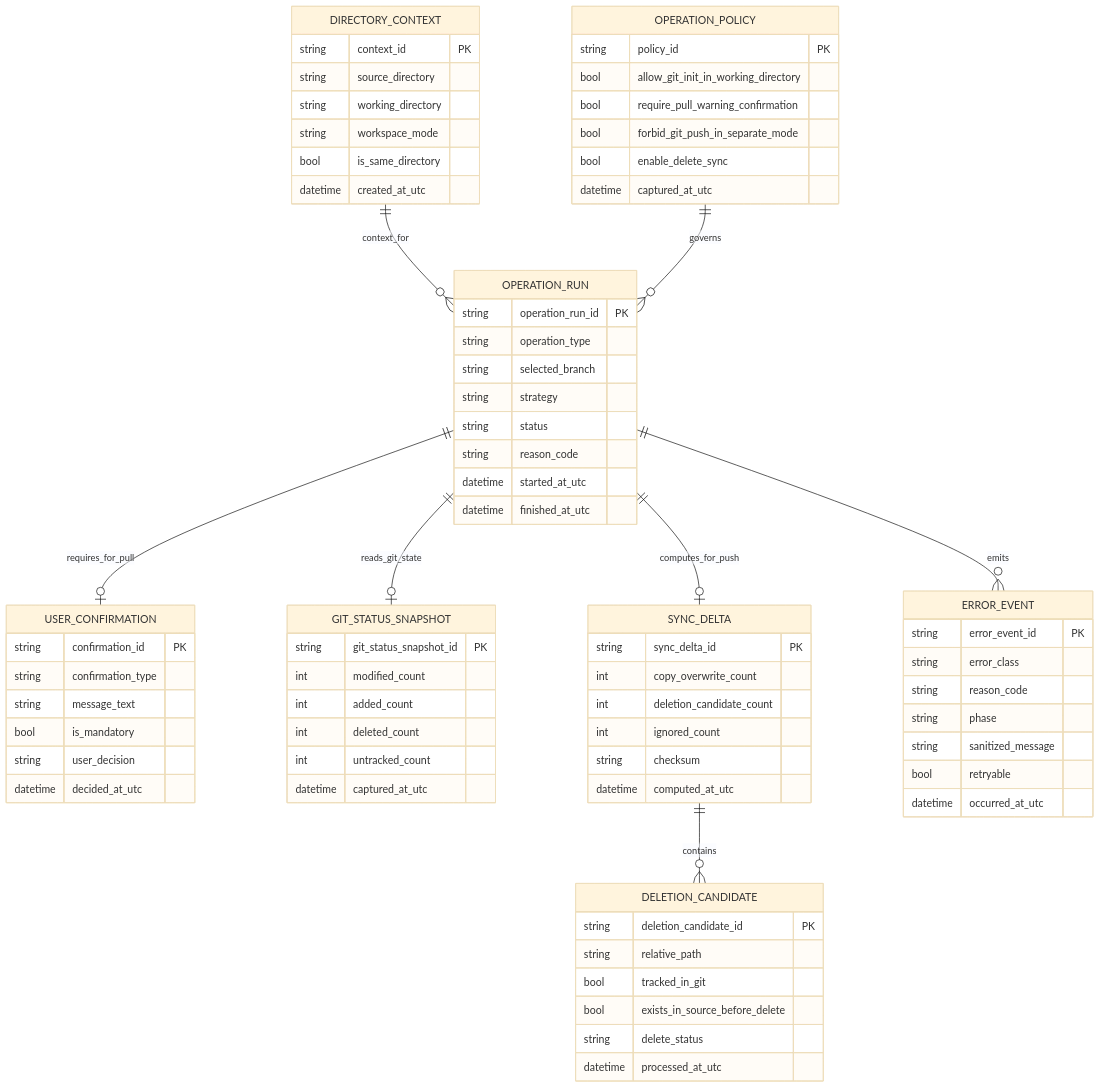
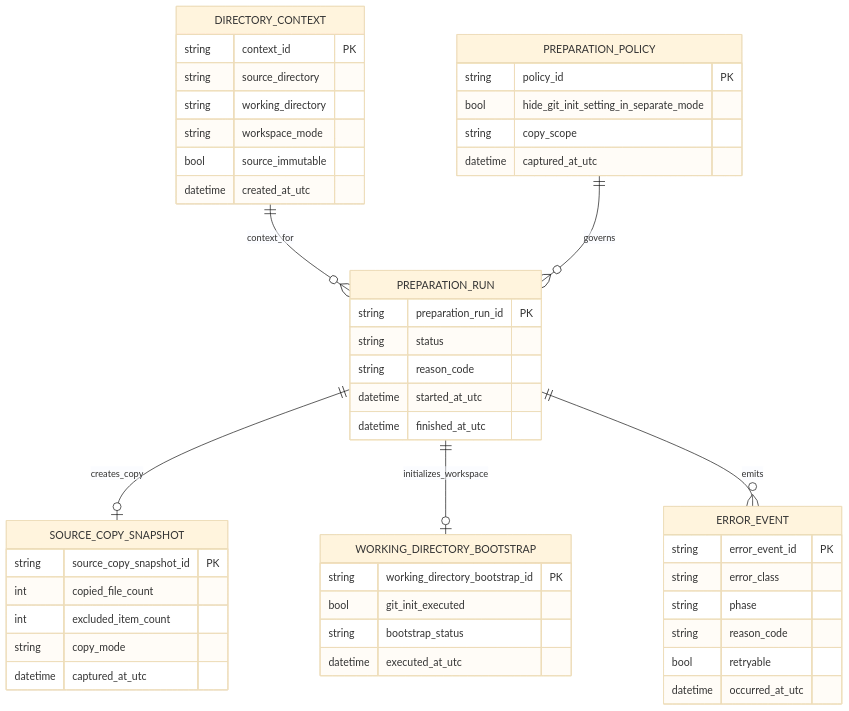
Before and after one commit to martin-stromberg/Softwareschmiede: the first of 2 diagrams in docs/architecture/separates-arbeitsverzeichnis-git-init-fallback-entity-relationship-model.md, drawn with Mermaid (base theme). The commit also changed other lines of this file and 55 other files, not shown here.

````diff
--- a/docs/architecture/separates-arbeitsverzeichnis-git-init-fallback-entity-relationship-model.md
+++ b/docs/architecture/separates-arbeitsverzeichnis-git-init-fallback-entity-relationship-model.md
@@ -26,81 +27,52 @@
         string source_directory
         string working_directory
         string workspace_mode
-        bool is_same_directory
+        bool source_immutable
         datetime created_at_utc
     }
 
-    OPERATION_POLICY {
+    PREPARATION_POLICY {
         string policy_id PK
-        bool allow_git_init_in_working_directory
-        bool require_pull_warning_confirmation
-        bool forbid_git_push_in_separate_mode
-        bool enable_delete_sync
+        bool hide_git_init_setting_in_separate_mode
+        string copy_scope
         datetime captured_at_utc
     }
 
-    OPERATION_RUN {
-        string operation_run_id PK
-        string operation_type
-        string selected_branch
-        string strategy
+    PREPARATION_RUN {
+        string preparation_run_id PK
         string status
         string reason_code
         datetime started_at_utc
         datetime finished_at_utc
     }
 
-    USER_CONFIRMATION {
-        string confirmation_id PK
-        string confirmation_type
-        string message_text
-        bool is_mandatory
-        string user_decision
-        datetime decided_at_utc
-    }
-
-    GIT_STATUS_SNAPSHOT {
-        string git_status_snapshot_id PK
-        int modified_count
-        int added_count
-        int deleted_count
-        int untracked_count
+    SOURCE_COPY_SNAPSHOT {
+        string source_copy_snapshot_id PK
+        int copied_file_count
+        int excluded_item_count
+        string copy_mode
         datetime captured_at_utc
     }
 
-    SYNC_DELTA {
-        string sync_delta_id PK
-        int copy_overwrite_count
-        int deletion_candidate_count
-        int ignored_count
-        string checksum
-        datetime computed_at_utc
-    }
-
-    DELETION_CANDIDATE {
-        string deletion_candidate_id PK
-        string relative_path
-        bool tracked_in_git
-        bool exists_in_source_before_delete
-        string delete_status
-        datetime processed_at_utc
+    WORKING_DIRECTORY_BOOTSTRAP {
+        string working_directory_bootstrap_id PK
+        bool git_init_executed
+        string bootstrap_status
+        datetime executed_at_utc
     }
 
     ERROR_EVENT {
         string error_event_id PK
         string error_class
+        string phase
         string reason_code
-        string phase
-        string sanitized_message
         bool retryable
         datetime occurred_at_utc
     }
 
-    DIRECTORY_CONTEXT ||--o{ OPERATION_RUN : context_for
-    OPERATION_POLICY ||--o{ OPERATION_RUN : governs
-    OPERATION_RUN ||--o| USER_CONFIRMATION : requires_for_pull
-    OPERATION_RUN ||--o| GIT_STATUS_SNAPSHOT : reads_git_state
-    OPERATION_RUN ||--o| SYNC_DELTA : computes_for_push
-    SYNC_DELTA ||--o{ DELETION_CANDIDATE : contains
-    OPERATION_RUN ||--o{ ERROR_EVENT : emits
+    DIRECTORY_CONTEXT ||--o{ PREPARATION_RUN : context_for
+    PREPARATION_POLICY ||--o{ PREPARATION_RUN : governs
+    PREPARATION_RUN ||--o| SOURCE_COPY_SNAPSHOT : creates_copy
+    PREPARATION_RUN ||--o| WORKING_DIRECTORY_BOOTSTRAP : initializes_workspace
+    PREPARATION_RUN ||--o{ ERROR_EVENT : emits
 ```
````
